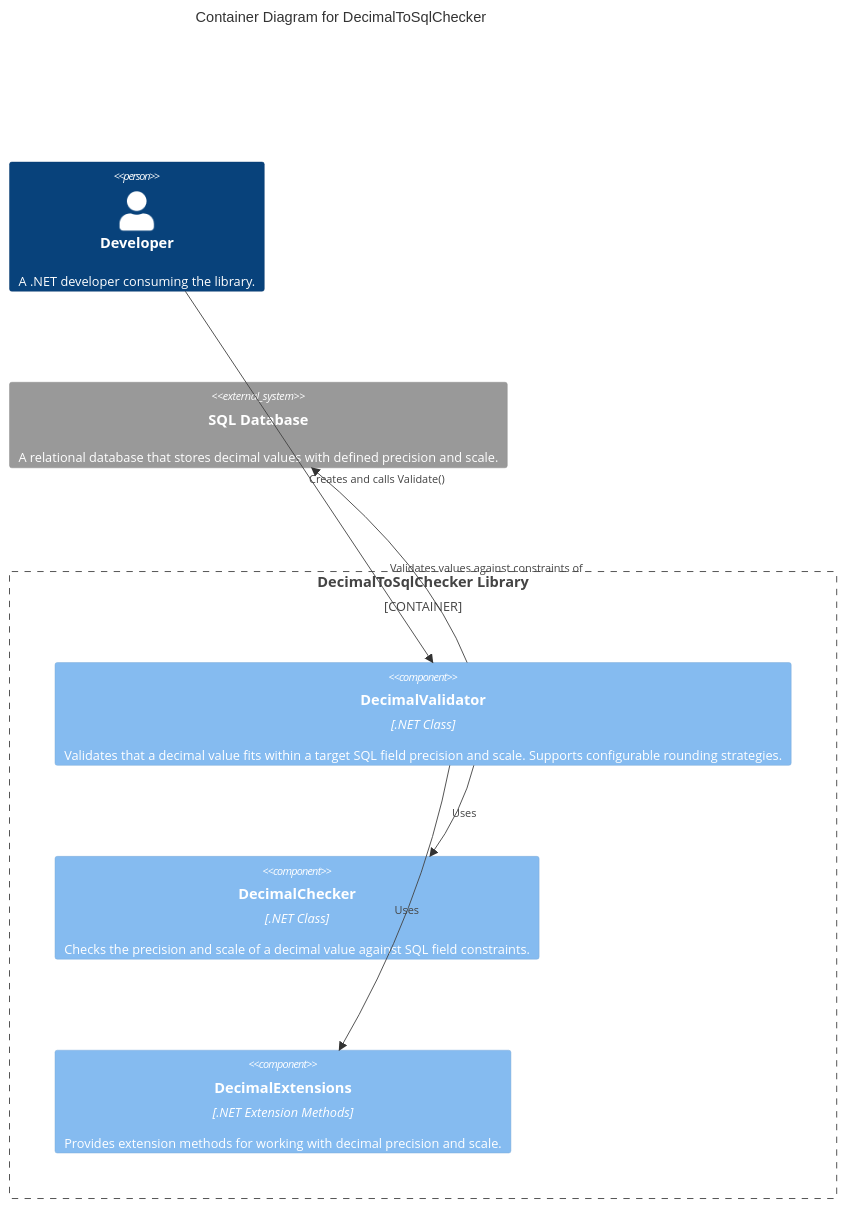
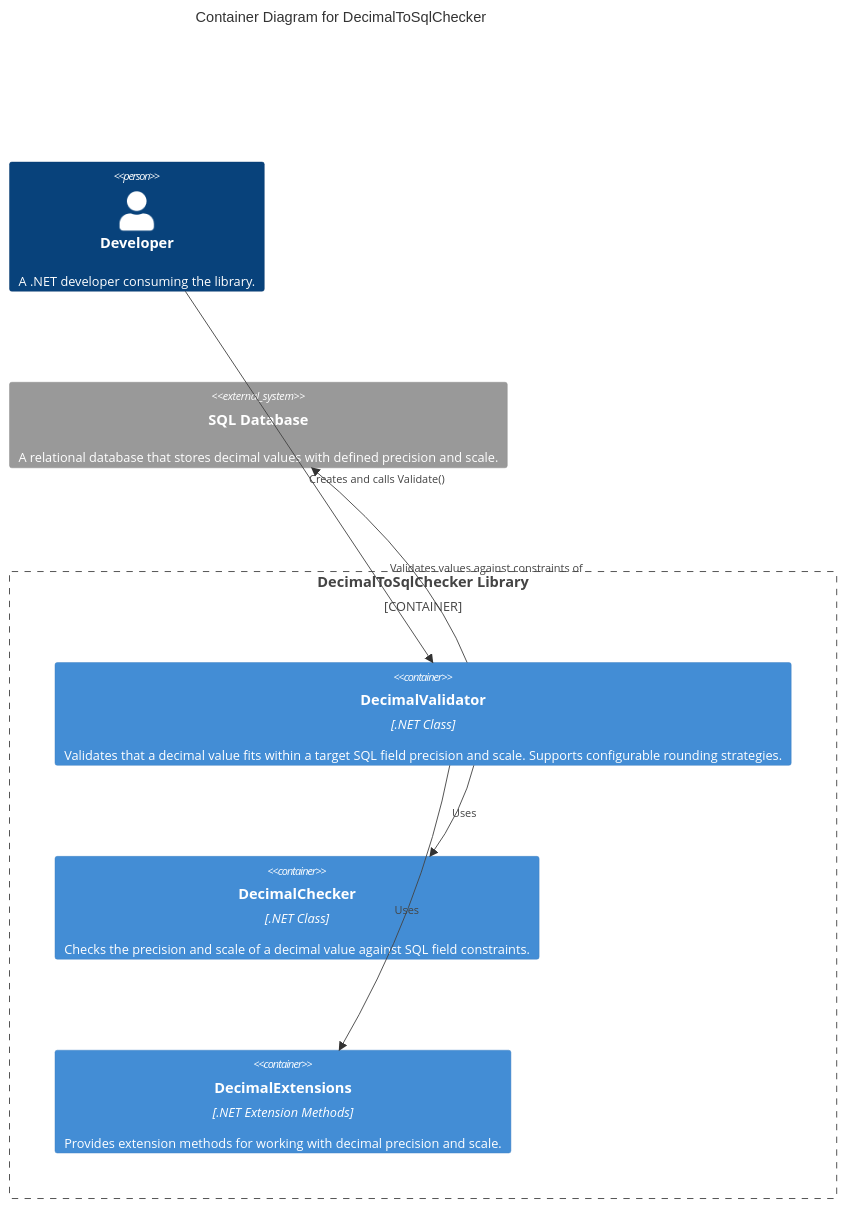
Before and after one commit to grimley517/DecimalToSqlChecker: the second of 2 diagrams in README.md, drawn with Mermaid.

Commit message:
Fix C4Container diagram: use Container instead of Component elements
Agent-Logs-Url: https://github.com/grimley517/DecimalToSqlChecker/sessions/6b3d73e1-6900-4173-845a-d6dfa79f7ce6

````diff
--- a/README.md
+++ b/README.md
@@ -61,19 +61,19 @@
 ```mermaid
 C4Container
     title Container Diagram for DecimalToSqlChecker
 
     Person(developer, "Developer", "A .NET developer consuming the library.")
 
     Container_Boundary(library, "DecimalToSqlChecker Library") {
-        Component(decimalValidator, "DecimalValidator", ".NET Class", "Validates that a decimal value fits within a target SQL field precision and scale. Supports configurable rounding strategies.")
-        Component(decimalChecker, "DecimalChecker", ".NET Class", "Checks the precision and scale of a decimal value against SQL field constraints.")
-        Component(decimalExtensions, "DecimalExtensions", ".NET Extension Methods", "Provides extension methods for working with decimal precision and scale.")
+        Container(decimalValidator, "DecimalValidator", ".NET Class", "Validates that a decimal value fits within a target SQL field precision and scale. Supports configurable rounding strategies.")
+        Container(decimalChecker, "DecimalChecker", ".NET Class", "Checks the precision and scale of a decimal value against SQL field constraints.")
+        Container(decimalExtensions, "DecimalExtensions", ".NET Extension Methods", "Provides extension methods for working with decimal precision and scale.")
     }
 
     System_Ext(sqlDatabase, "SQL Database", "A relational database that stores decimal values with defined precision and scale.")
 
     Rel(developer, decimalValidator, "Creates and calls Validate()")
     Rel(decimalValidator, decimalChecker, "Uses")
     Rel(decimalValidator, decimalExtensions, "Uses")
     Rel(decimalValidator, sqlDatabase, "Validates values against constraints of")
 ```
````
